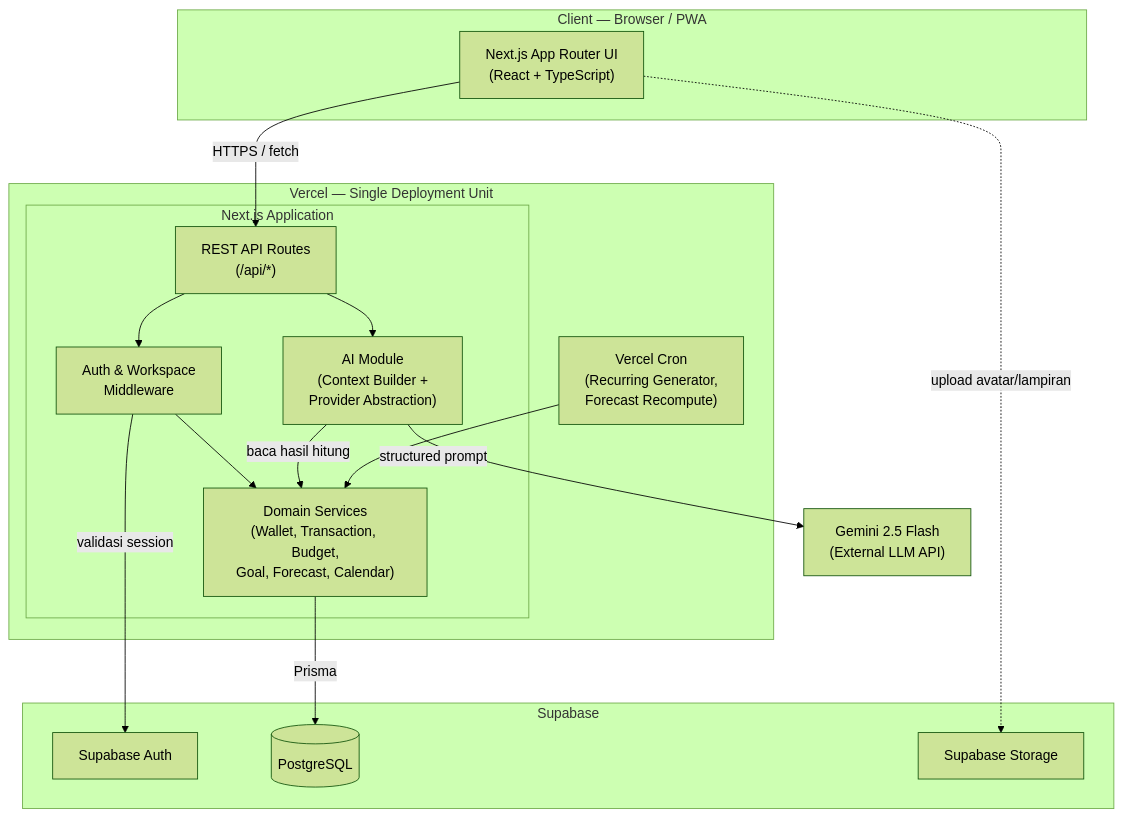
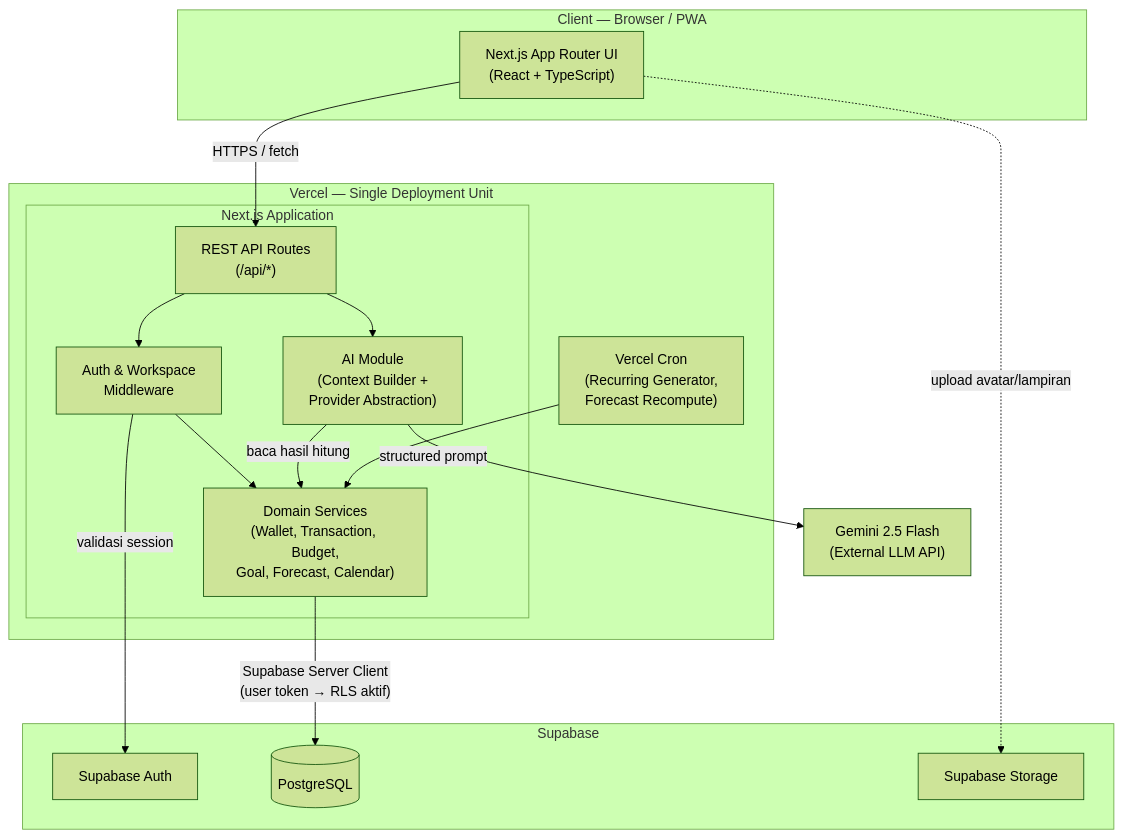
Before and after one commit to CodeByAbi/Nuxio: the first of 7 diagrams in docs/03. Architecture Decisions.md, drawn with Mermaid (forest theme). The commit also changed other lines of this file and 14 other files, not shown here.

Commit message:
docs: update system documentation to Supabase-based architecture

````diff
--- a/docs/03. Architecture Decisions.md
+++ b/docs/03. Architecture Decisions.md
@@ -33,35 +33,35 @@
 ```mermaid
 flowchart TB
     subgraph Client["Client — Browser / PWA"]
         UI["Next.js App Router UI\n(React + TypeScript)"]
     end
 
     subgraph Vercel["Vercel — Single Deployment Unit"]
         subgraph NextApp["Next.js Application"]
             API["REST API Routes\n(/api/*)"]
             AUTHMW["Auth & Workspace\nMiddleware"]
             DOMAIN["Domain Services\n(Wallet, Transaction, Budget,\nGoal, Forecast, Calendar)"]
             AICTX["AI Module\n(Context Builder +\nProvider Abstraction)"]
         end
         CRON["Vercel Cron\n(Recurring Generator,\nForecast Recompute)"]
     end
 
     subgraph Supabase["Supabase"]
         SAUTH["Supabase Auth"]
         PG[("PostgreSQL")]
         STORAGE["Supabase Storage"]
     end
 
     GEMINI["Gemini 2.5 Flash\n(External LLM API)"]
 
     UI -->|HTTPS / fetch| API
     API --> AUTHMW
     AUTHMW -->|validasi session| SAUTH
     AUTHMW --> DOMAIN
-    DOMAIN -->|Prisma| PG
+    DOMAIN -->|"Supabase Server Client\n(user token → RLS aktif)"| PG
     API --> AICTX
     AICTX -->|baca hasil hitung| DOMAIN
     AICTX -->|structured prompt| GEMINI
     CRON --> DOMAIN
     UI -.->|upload avatar/lampiran| STORAGE
 ```
````
